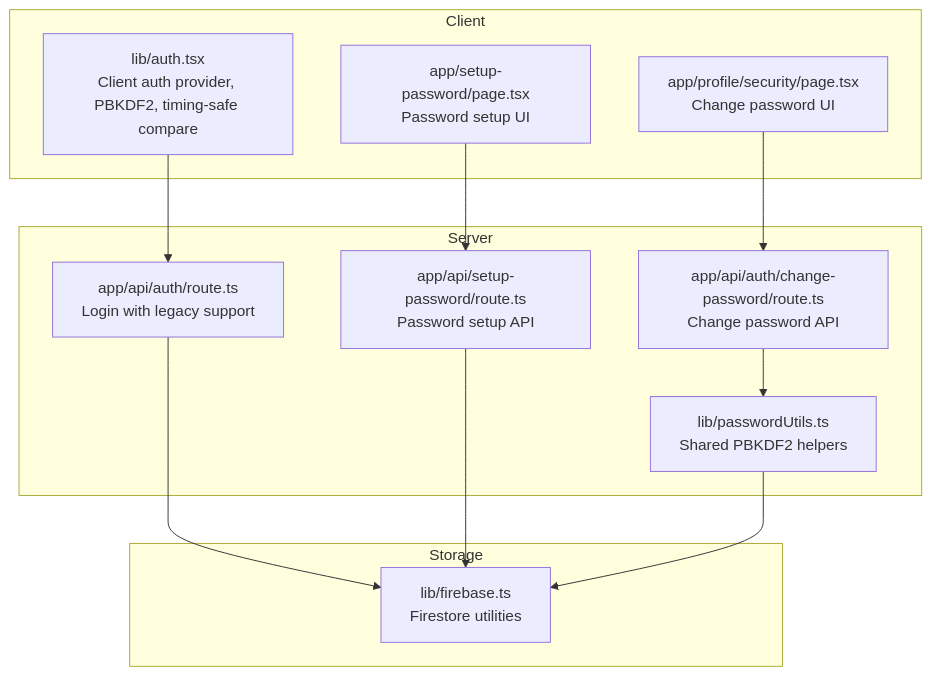
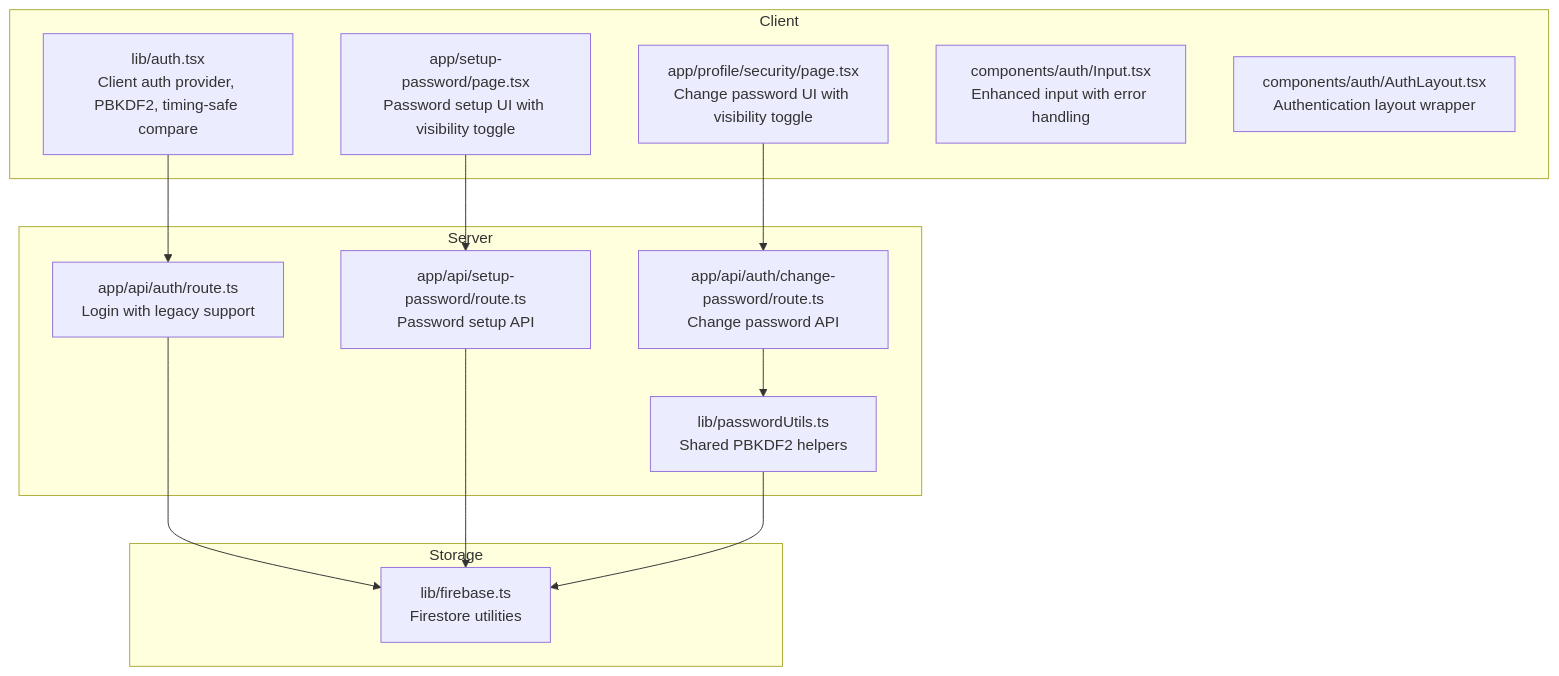
One commit to Unsure-bry/sampacoop_system changed the first of 10 diagrams in .qoder/repowiki/en/content/Authentication & Authorization System/Password Security & Management.md. Above: the diagram before and after it, drawn with Mermaid. The commit also changed other lines of this file and 1 other file, not shown here.

Commit message:
addition for eye icon on the set up password to user

````diff
--- a/.qoder/repowiki/en/content/Authentication & Authorization System/Password Security & Management.md
+++ b/.qoder/repowiki/en/content/Authentication & Authorization System/Password Security & Management.md
@@ -38,24 +48,26 @@
 ```mermaid
 graph TB
 subgraph "Client"
 A["lib/auth.tsx<br/>Client auth provider, PBKDF2, timing-safe compare"]
-B["app/profile/security/page.tsx<br/>Change password UI"]
-C["app/setup-password/page.tsx<br/>Password setup UI"]
+B["app/profile/security/page.tsx<br/>Change password UI with visibility toggle"]
+C["app/setup-password/page.tsx<br/>Password setup UI with visibility toggle"]
+D["components/auth/Input.tsx<br/>Enhanced input with error handling"]
+E["components/auth/AuthLayout.tsx<br/>Authentication layout wrapper"]
 end
 subgraph "Server"
-D["app/api/auth/route.ts<br/>Login with legacy support"]
-E["app/api/auth/change-password/route.ts<br/>Change password API"]
-F["app/api/setup-password/route.ts<br/>Password setup API"]
-G["lib/passwordUtils.ts<br/>Shared PBKDF2 helpers"]
+F["app/api/auth/route.ts<br/>Login with legacy support"]
+G["app/api/auth/change-password/route.ts<br/>Change password API"]
+H["app/api/setup-password/route.ts<br/>Password setup API"]
+I["lib/passwordUtils.ts<br/>Shared PBKDF2 helpers"]
 end
 subgraph "Storage"
-H["lib/firebase.ts<br/>Firestore utilities"]
+J["lib/firebase.ts<br/>Firestore utilities"]
 end
-A --> D
-B --> E
-C --> F
-D --> H
-E --> G
-F --> H
-G --> H
+A --> F
+B --> G
+C --> H
+F --> J
+G --> I
+H --> J
+I --> J
 ```
````
